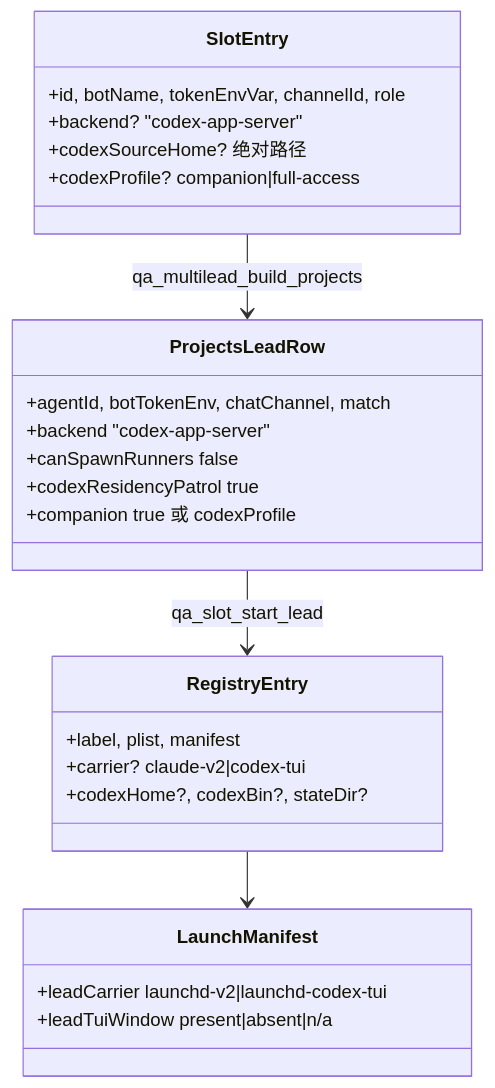
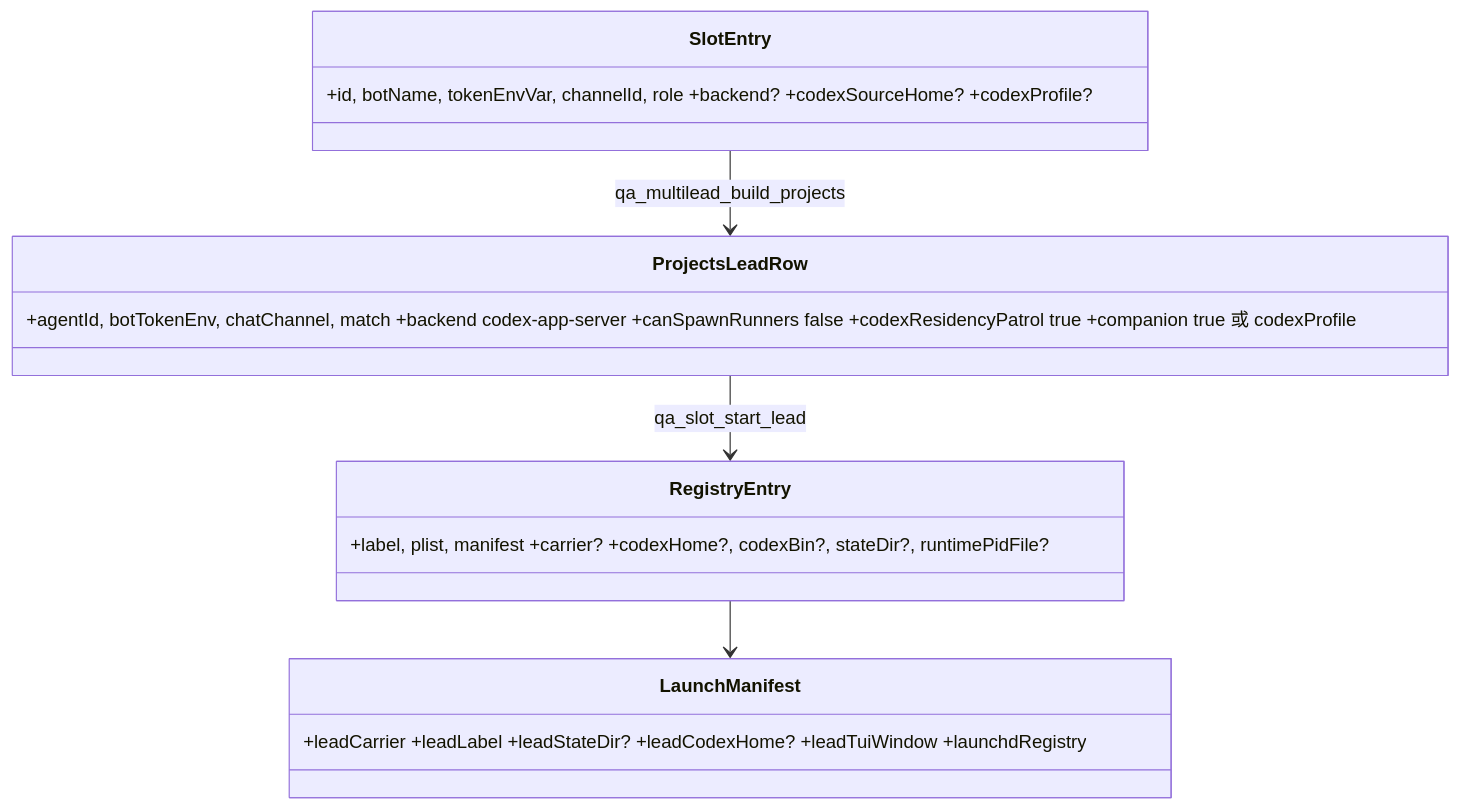
One commit to xrliAnnie/flywheel-qa-sandbox changed the third of 3 diagrams in engineering/doc/FLY-2301-codex-lead-bench/plan.md. Above: the diagram before and after it, drawn with Mermaid. The commit also changed other lines of this file, not shown here.

First line of the commit message:
docs: FLY-2301 plan rev2 — apply Codex R1 design review findings

````diff
--- a/engineering/doc/FLY-2301-codex-lead-bench/plan.md
+++ b/engineering/doc/FLY-2301-codex-lead-bench/plan.md
@@ -73,28 +70,10 @@
 ```mermaid
 classDiagram
-  class SlotEntry {
-    +id, botName, tokenEnvVar, channelId, role
-    +backend? "codex-app-server"
-    +codexSourceHome? 绝对路径
-    +codexProfile? companion|full-access
-  }
-  class ProjectsLeadRow {
-    +agentId, botTokenEnv, chatChannel, match
-    +backend "codex-app-server"
-    +canSpawnRunners false
-    +codexResidencyPatrol true
-    +companion true 或 codexProfile
-  }
-  class RegistryEntry {
-    +label, plist, manifest
-    +carrier? claude-v2|codex-tui
-    +codexHome?, codexBin?, stateDir?
-  }
-  class LaunchManifest {
-    +leadCarrier launchd-v2|launchd-codex-tui
-    +leadTuiWindow present|absent|n/a
-  }
+  class SlotEntry { +id, botName, tokenEnvVar, channelId, role +backend? +codexSourceHome? +codexProfile? }
+  class ProjectsLeadRow { +agentId, botTokenEnv, chatChannel, match +backend codex-app-server +canSpawnRunners false +codexResidencyPatrol true +companion true 或 codexProfile }
+  class RegistryEntry { +label, plist, manifest +carrier? +codexHome?, codexBin?, stateDir?, runtimePidFile? }
+  class LaunchManifest { +leadCarrier +leadLabel +leadStateDir? +leadCodexHome? +leadTuiWindow +launchdRegistry }
   SlotEntry --> ProjectsLeadRow : qa_multilead_build_projects
   ProjectsLeadRow --> RegistryEntry : qa_slot_start_lead
   RegistryEntry --> LaunchManifest
 ```
````
